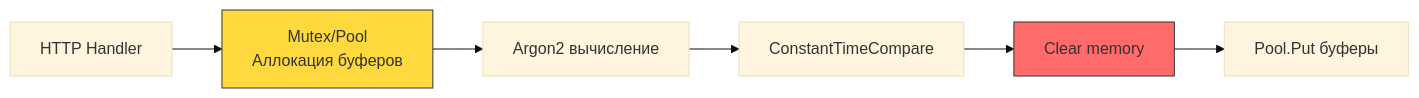
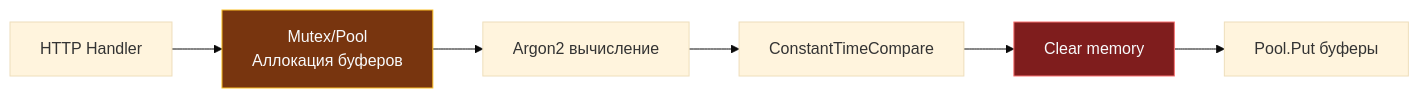
The second of 2 diagrams in sources/17. Безопасность (AppSec в Go)/02. Аутентификация и авторизация/1. Пароли и хранение хешей.md (UnrealTemplier/go-textbook), drawn with Mermaid (base theme) before and after one commit. The commit also changed other lines of this file and 310 other files, not shown here.

First line of the commit message:
fix(mermaid): replace light fill colors with dark palette for readability on dark theme

````diff
--- a/sources/17. Безопасность (AppSec в Go)/02. Аутентификация и авторизация/1. Пароли и хранение хешей.md
+++ b/sources/17. Безопасность (AppSec в Go)/02. Аутентификация и авторизация/1. Пароли и хранение хешей.md
@@ -187,11 +187,11 @@
 ```mermaid
 flowchart LR
     A["HTTP Handler"] --> B["Mutex/Pool<br>Аллокация буферов"]
     B --> C["Argon2 вычисление"]
     C --> D["ConstantTimeCompare"]
     D --> E["Clear memory"]
     E --> F["Pool.Put буферы"]
     
-    style B fill:#ffd93d,stroke:#333
-    style E fill:#ff6b6b,stroke:#333
+    style B fill:#78350f,stroke:#fbbf24,color:#f8fafc
+    style E fill:#7f1d1d,stroke:#f87171,color:#f8fafc
 ```
````
